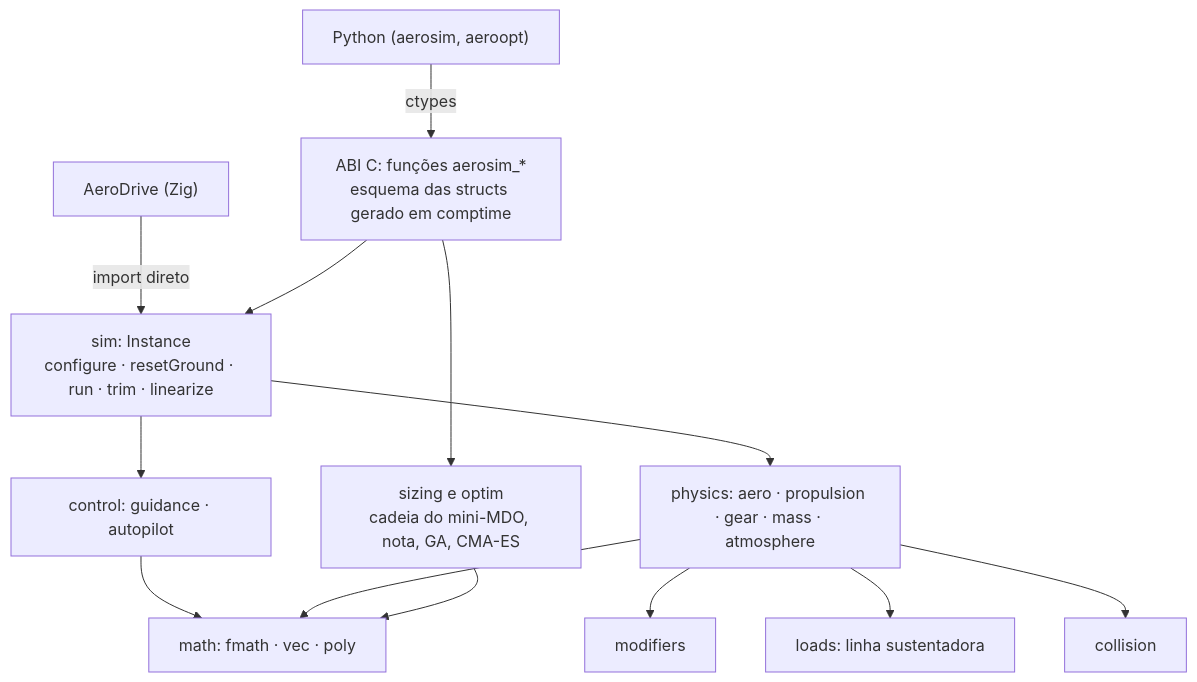
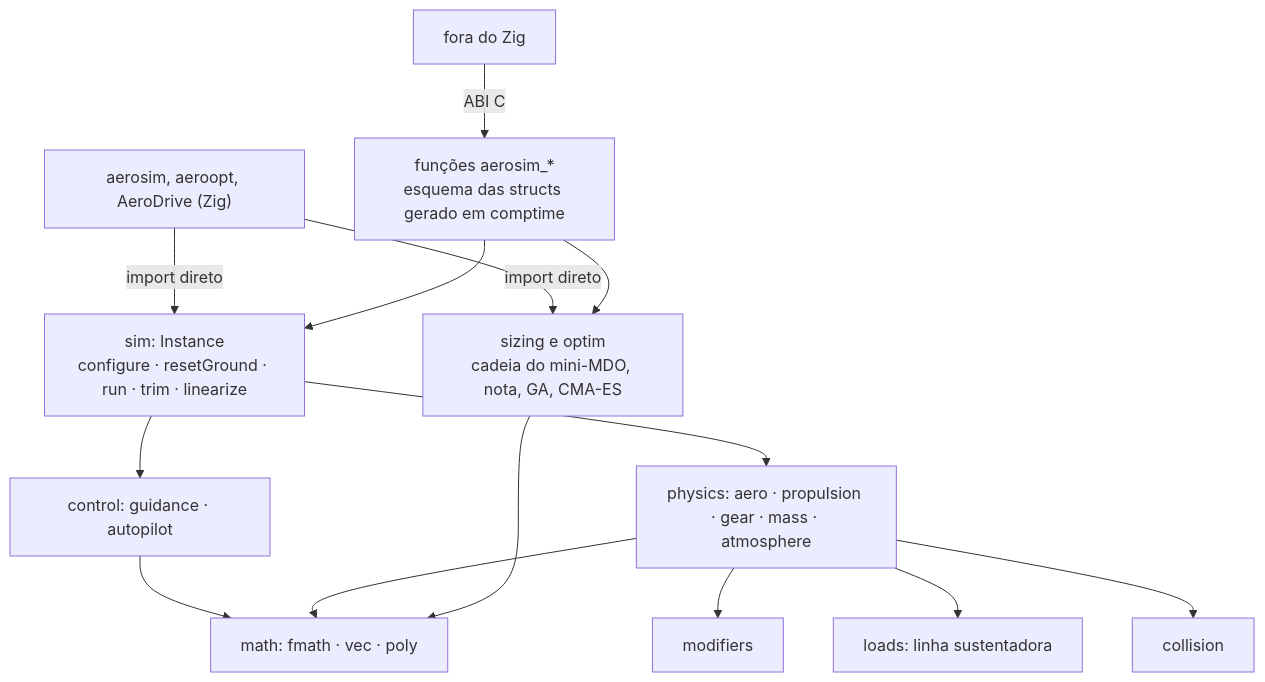
Before and after one commit to vitordallolivo/AircraftSimulation: the diagram in core/README.md, drawn with Mermaid. The commit also changed other lines of this file and 38 other files, not shown here.

````diff
--- a/core/README.md
+++ b/core/README.md
@@ -27,11 +27,12 @@
 ```mermaid
 flowchart TB
-    PY["Python (aerosim, aeroopt)"] -->|"ctypes"| ABI["ABI C: funções aerosim_*<br/>esquema das structs gerado em comptime"]
-    AD["AeroDrive (Zig)"] -->|"import direto"| SIM
+    APPS["aerosim, aeroopt, AeroDrive (Zig)"] -->|"import direto"| SIM
+    APPS -->|"import direto"| SZ
+    EXT["fora do Zig"] -->|"ABI C"| ABI["funções aerosim_*<br/>esquema das structs gerado em comptime"]
     ABI --> SIM["sim: Instance<br/>configure · resetGround · run · trim · linearize"]
     ABI --> SZ["sizing e optim<br/>cadeia do mini-MDO, nota, GA, CMA-ES"]
     SIM --> CTL["control: guidance · autopilot"]
     SIM --> PHY["physics: aero · propulsion · gear · mass · atmosphere"]
     PHY --> MOD["modifiers"] & LD["loads: linha sustentadora"] & COL["collision"]
     CTL & PHY & SZ --> MATH["math: fmath · vec · poly"]
 ```
````
